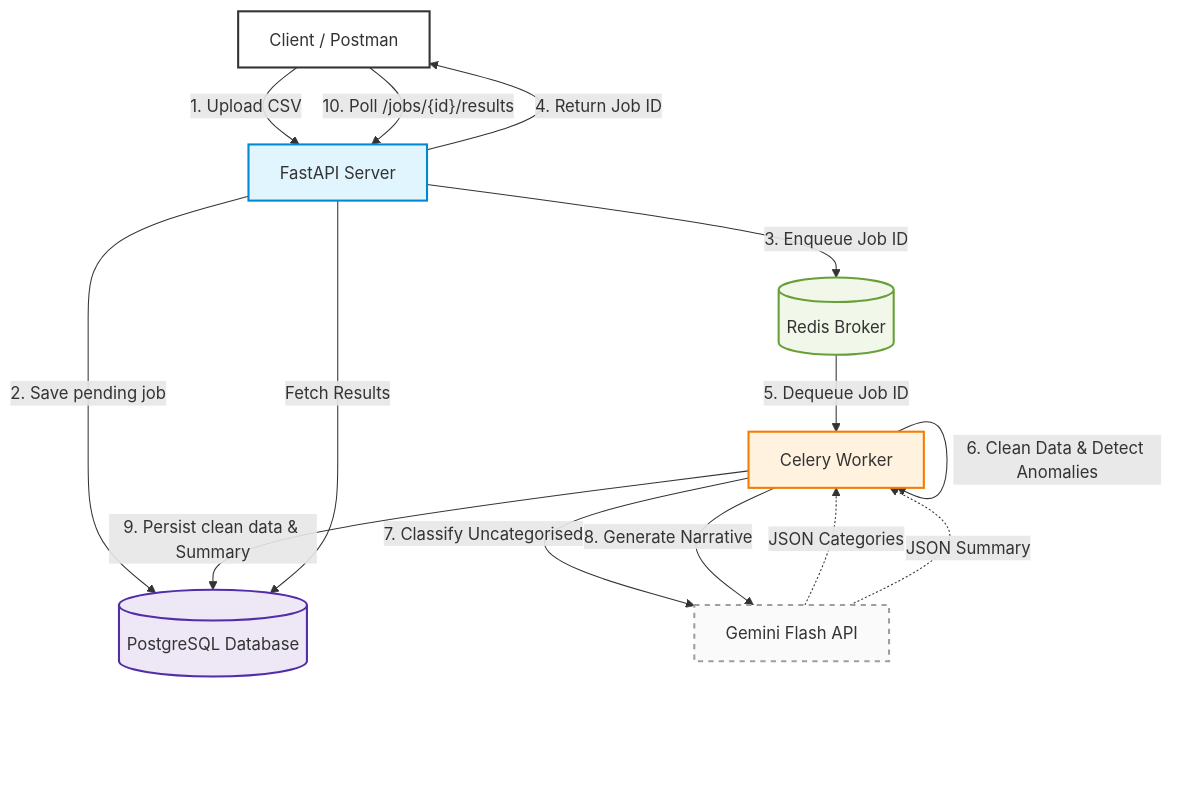
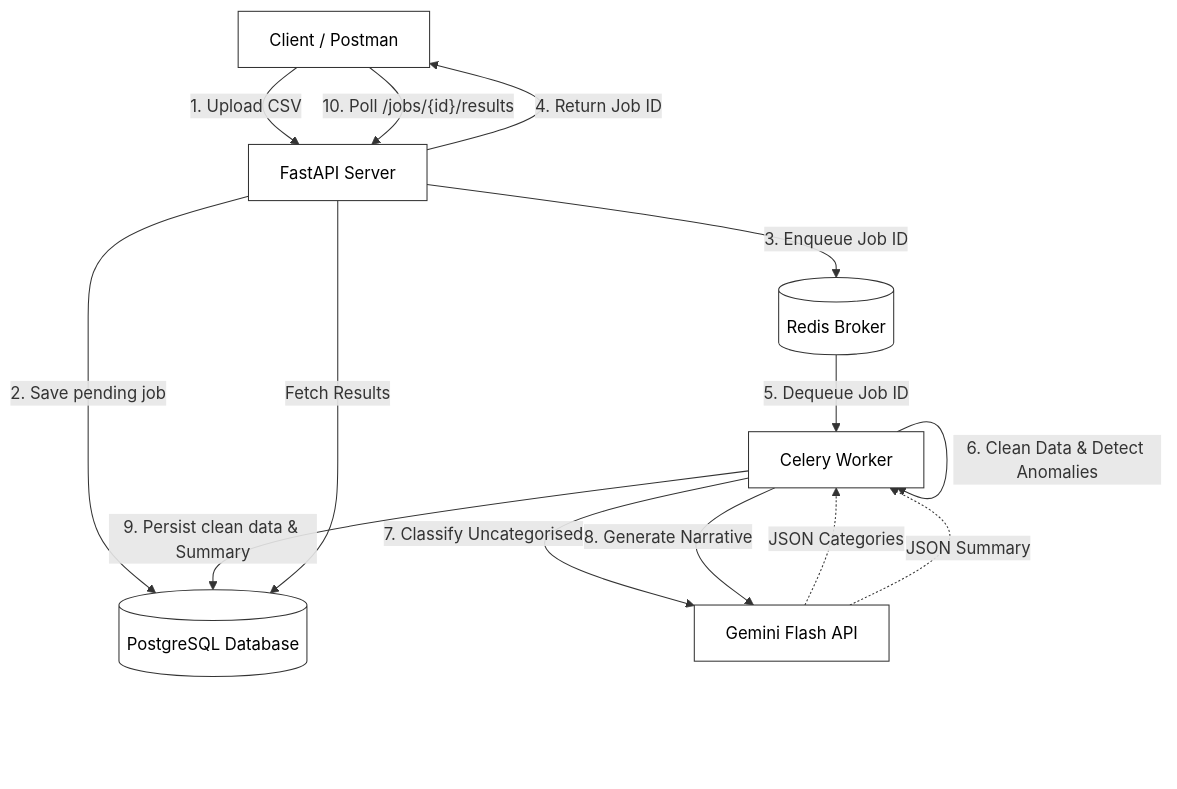
The diagram in README.md (maheshshinde9100/Alemeno_Assesment), drawn with Mermaid before and after one commit. The commit also changed other lines of this file and 1 other file, not shown here.

Commit message:
docs: add cmds.txt and update README to use minimalist diagrams and explicit curl examples

````diff
--- a/README.md
+++ b/README.md
@@ -11,35 +11,29 @@
 ```mermaid
 graph TD
-    %% Styling
-    classDef client fill:#ffffff,stroke:#333333,stroke-width:2px;
-    classDef api fill:#e1f5fe,stroke:#0288d1,stroke-width:2px;
-    classDef queue fill:#f1f8e9,stroke:#689f38,stroke-width:2px;
-    classDef worker fill:#fff3e0,stroke:#f57c00,stroke-width:2px;
-    classDef db fill:#ede7f6,stroke:#512da8,stroke-width:2px;
-    classDef ext fill:#fafafa,stroke:#9e9e9e,stroke-width:2px,stroke-dasharray: 5 5;
+    classDef default fill:#ffffff,stroke:#333333,stroke-width:1px,color:#000000;
 
-    Client[Client / Postman]:::client
-    FastAPI[FastAPI Server]:::api
-    PostgreSQL[(PostgreSQL Database)]:::db
-    Redis[(Redis Broker)]:::queue
-    Celery[Celery Worker]:::worker
-    Gemini[Gemini Flash API]:::ext
+    Client[Client / Postman]
+    FastAPI[FastAPI Server]
+    PostgreSQL[(PostgreSQL Database)]
+    Redis[(Redis Broker)]
+    Celery[Celery Worker]
+    Gemini[Gemini Flash API]
 
     %% Connections
     Client -- "1. Upload CSV" --> FastAPI
     FastAPI -- "2. Save pending job" --> PostgreSQL
     FastAPI -- "3. Enqueue Job ID" --> Redis
     FastAPI -- "4. Return Job ID" --> Client
     
     Redis -- "5. Dequeue Job ID" --> Celery
     Celery -- "6. Clean Data & Detect Anomalies" --> Celery
     Celery -- "7. Classify Uncategorised" --> Gemini
     Gemini -. "JSON Categories" .-> Celery
     Celery -- "8. Generate Narrative" --> Gemini
     Gemini -. "JSON Summary" .-> Celery
     
     Celery -- "9. Persist clean data & Summary" --> PostgreSQL
     
     Client -- "10. Poll /jobs/{id}/results" --> FastAPI
     FastAPI -- "Fetch Results" --> PostgreSQL
 ```
````
